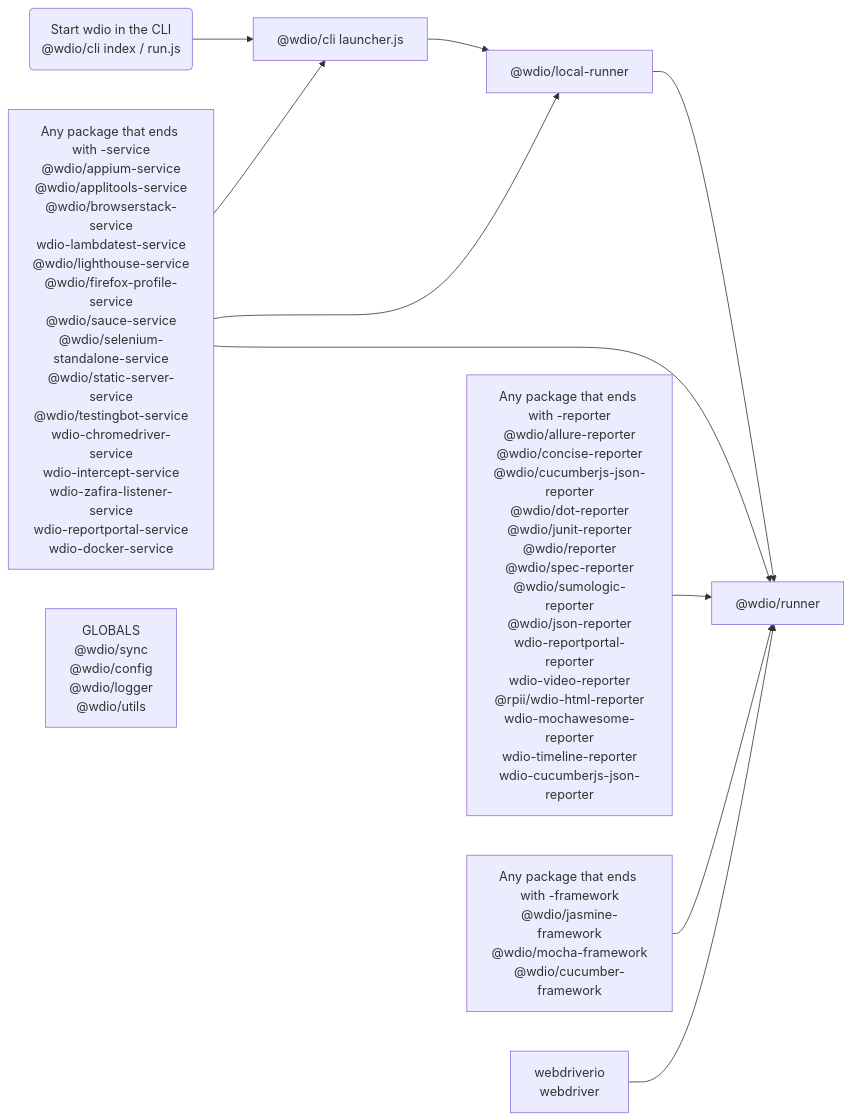
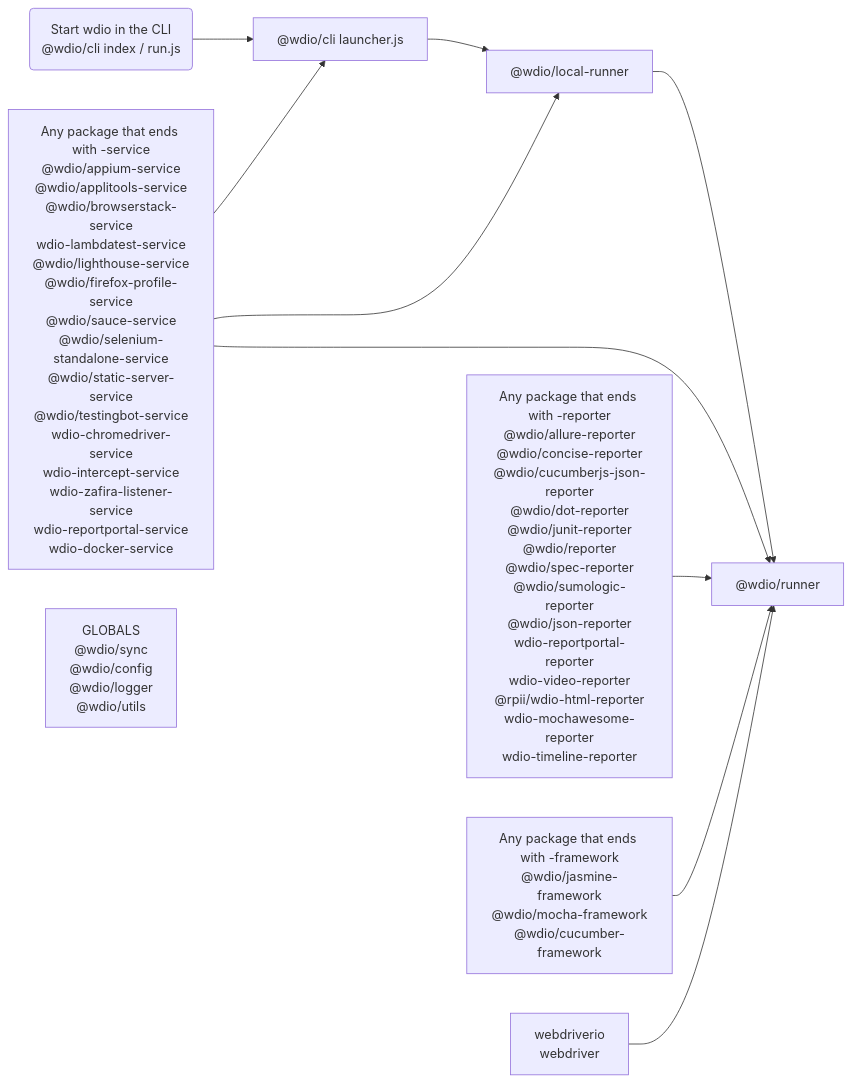
Before and after one commit to webdriverio/webdriverio: the diagram in website/docs/flowcharts/HighLevelOverview.md, drawn with Mermaid.

Commit message:
docs: remove the community cucumberjs-json reporter name from the flowchart

````diff
--- a/website/docs/flowcharts/HighLevelOverview.md
+++ b/website/docs/flowcharts/HighLevelOverview.md
@@ -8,17 +8,17 @@
 ```mermaid
 graph LR
     START("Start wdio in the CLI<br> @wdio/cli index / run.js")-->
     LAUNCHER["@wdio/cli launcher.js"]-->
     LOCALRUNNER["@wdio/local-runner"]-->
     RUNNER["@wdio/runner"]
     LISTOFSERVICES["Any package that ends with -service<br>@wdio/appium-service<br>@wdio/applitools-service<br>@wdio/browserstack-service<br>wdio-lambdatest-service<br>@wdio/lighthouse-service<br>@wdio/firefox-profile-service<br>@wdio/sauce-service<br>@wdio/selenium-standalone-service<br>@wdio/static-server-service<br>@wdio/testingbot-service<br>wdio-chromedriver-service<br>wdio-intercept-service<br>wdio-zafira-listener-service<br>wdio-reportportal-service<br>wdio-docker-service"]-->
     LAUNCHER
     LISTOFSERVICES-->LOCALRUNNER
     LISTOFSERVICES-->RUNNER
-    REPORTER["Any package that ends with -reporter<br>@wdio/allure-reporter<br>@wdio/concise-reporter<br>@wdio/cucumberjs-json-reporter<br>@wdio/dot-reporter<br>@wdio/junit-reporter<br>@wdio/reporter<br>@wdio/spec-reporter<br>@wdio/sumologic-reporter<br>@wdio/json-reporter<br>wdio-reportportal-reporter<br>wdio-video-reporter<br>@rpii/wdio-html-reporter<br>wdio-mochawesome-reporter<br>wdio-timeline-reporter<br>wdio-cucumberjs-json-reporter"]-->RUNNER
+    REPORTER["Any package that ends with -reporter<br>@wdio/allure-reporter<br>@wdio/concise-reporter<br>@wdio/cucumberjs-json-reporter<br>@wdio/dot-reporter<br>@wdio/junit-reporter<br>@wdio/reporter<br>@wdio/spec-reporter<br>@wdio/sumologic-reporter<br>@wdio/json-reporter<br>wdio-reportportal-reporter<br>wdio-video-reporter<br>@rpii/wdio-html-reporter<br>wdio-mochawesome-reporter<br>wdio-timeline-reporter"]-->RUNNER
     FRAMEWORK["Any package that ends with -framework<br>@wdio/jasmine-framework<br>@wdio/mocha-framework<br>@wdio/cucumber-framework<br>"]-->
     RUNNER
     WEBDRIVER["webdriverio<br>webdriver"]-->
     RUNNER
     GLOBAL["GLOBALS<br>@wdio/sync<br>@wdio/config<br>@wdio/logger<br>@wdio/utils"]
 ```
````
